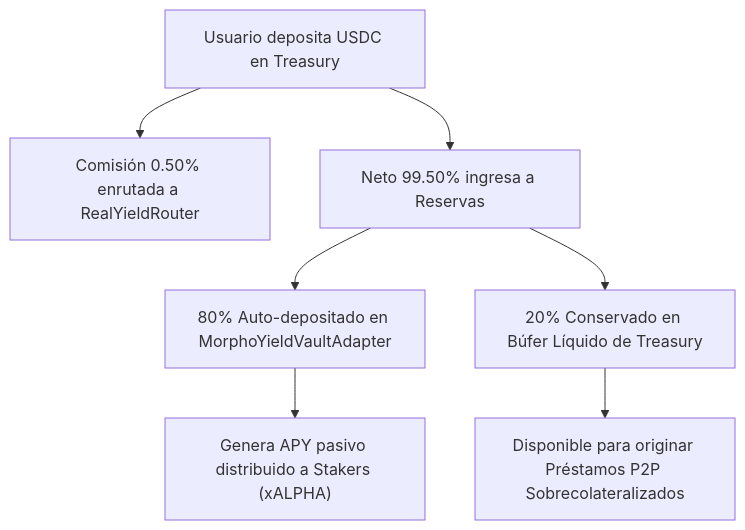
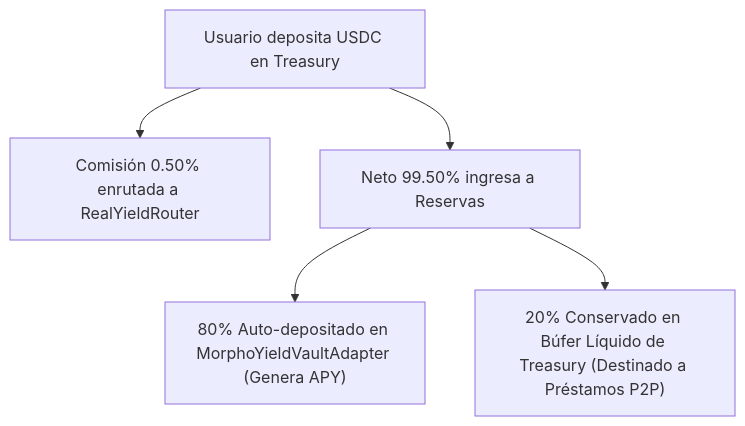
The diagram in TOKENOMICS.md (JaviMartin92/token), drawn with Mermaid before and after one commit. The commit also changed other lines of this file and 1 other file, not shown here.

Commit message:
docs(tokenomics): update exact target asset allocation breakdown (50% USDC with 80/20 sub-reserve, 25% BTC staked, 12.5% ETH staked, 12.5% ALPHA staked)

````diff
--- a/TOKENOMICS.md
+++ b/TOKENOMICS.md
@@ -28,9 +35,7 @@
 ```mermaid
 flowchart TD
     A["Usuario deposita USDC en Treasury"] --> B["Comisión 0.50% enrutada a RealYieldRouter"]
     A --> C["Neto 99.50% ingresa a Reservas"]
-    C --> D["80% Auto-depositado en MorphoYieldVaultAdapter"]
-    C --> E["20% Conservado en Búfer Líquido de Treasury"]
-    D --> F["Genera APY pasivo distribuido a Stakers (xALPHA)"]
-    E --> G["Disponible para originar Préstamos P2P Sobrecolateralizados"]
+    C --> D["80% Auto-depositado en MorphoYieldVaultAdapter (Genera APY)"]
+    C --> E["20% Conservado en Búfer Líquido de Treasury (Destinado a Préstamos P2P)"]
 ```
````
